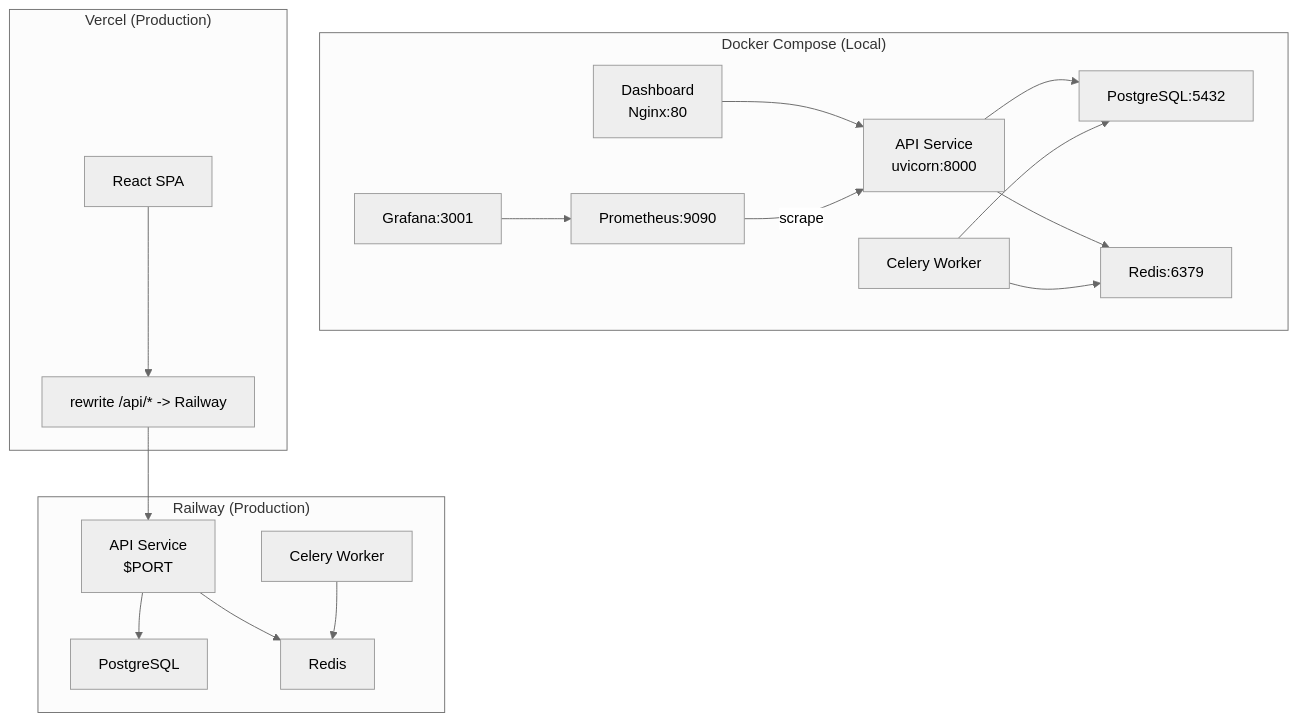
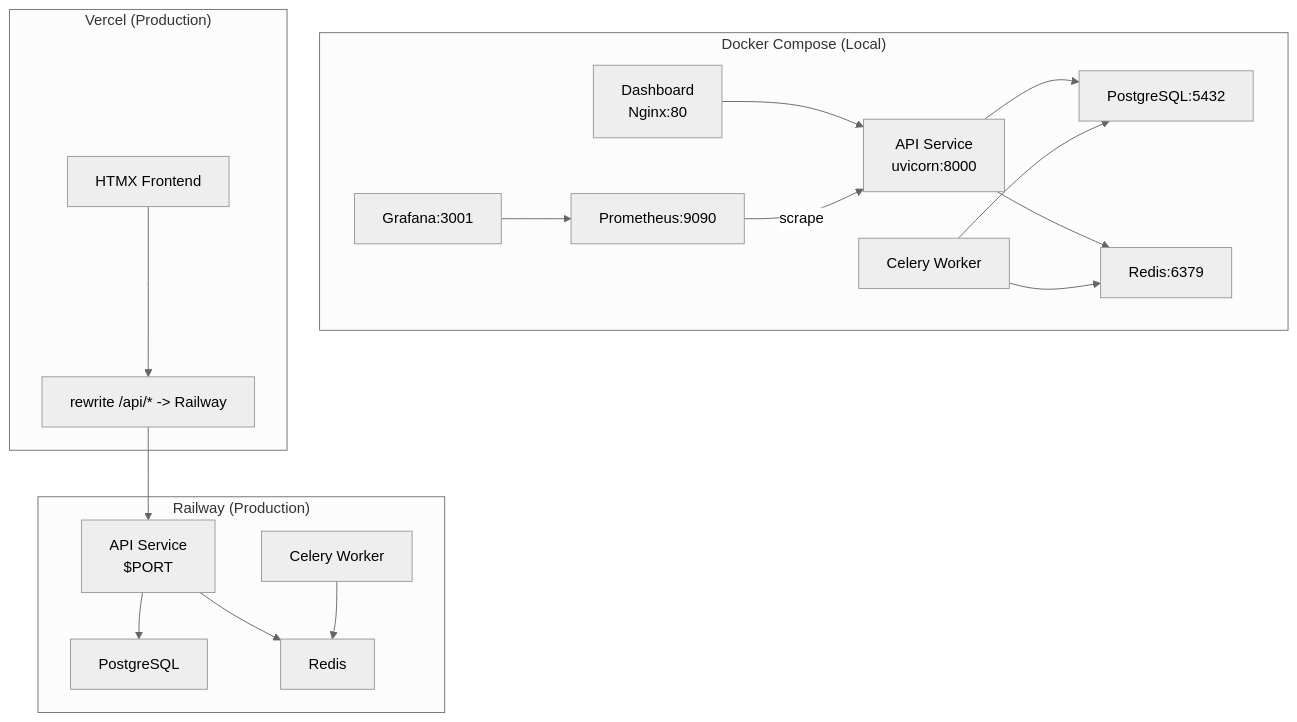
One commit to Aryanmishra-dev/Multilingual-Absa changed the third of 6 diagrams in docs/architecture.md. Above: the diagram before and after it, drawn with Mermaid (neutral theme). The commit also changed other lines of this file and 32 other files, not shown here.

````diff
--- a/docs/architecture.md
+++ b/docs/architecture.md
@@ -96,36 +96,36 @@
 ```mermaid
 graph TB
     subgraph "Docker Compose (Local)"
         DC_API[API Service<br/>uvicorn:8000]
         DC_WORKER[Celery Worker]
         DC_DASH[Dashboard<br/>Nginx:80]
         DC_PG[PostgreSQL:5432]
         DC_REDIS[Redis:6379]
         DC_PROM[Prometheus:9090]
         DC_GRAF[Grafana:3001]
     end
     subgraph "Railway (Production)"
         RW_API[API Service<br/>$PORT]
         RW_WORKER[Celery Worker]
         RW_PG[PostgreSQL]
         RW_REDIS[Redis]
     end
     subgraph "Vercel (Production)"
-        VC_DASH[React SPA]
+        VC_DASH[HTMX Frontend]
         VC_RW_ROUTE[rewrite /api/* -> Railway]
     end
 
     DC_DASH --> DC_API
     DC_API --> DC_PG
     DC_API --> DC_REDIS
     DC_WORKER --> DC_REDIS
     DC_WORKER --> DC_PG
     DC_PROM -->|scrape| DC_API
     DC_GRAF --> DC_PROM
 
     VC_DASH --> VC_RW_ROUTE
     VC_RW_ROUTE --> RW_API
     RW_API --> RW_PG
     RW_API --> RW_REDIS
     RW_WORKER --> RW_REDIS
 ```
````
